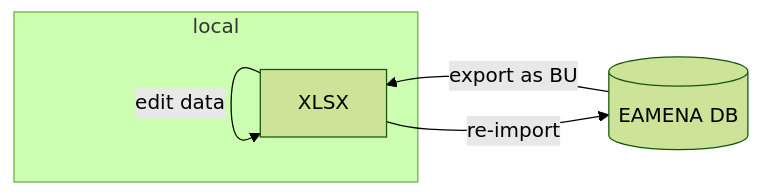
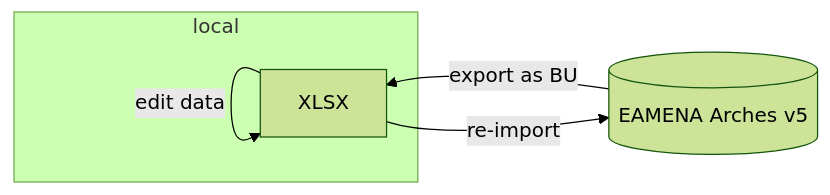
Before and after one commit to eamena-project/eamena-arches-dev: the first of 3 diagrams in data/bulk/README.md, drawn with Mermaid (forest theme).

Commit message:
BU workflow

````diff
--- a/data/bulk/README.md
+++ b/data/bulk/README.md
@@ -34,8 +34,8 @@
 ```mermaid
 flowchart RL
-    A[(EAMENA DB)] --export as BU--> B[XLSX];
+    A[(EAMENA Arches v5)] --export as BU--> B[XLSX];
     subgraph local
     B --edit data--> B;
     end
     B --re-import--> A;
 ```
````
